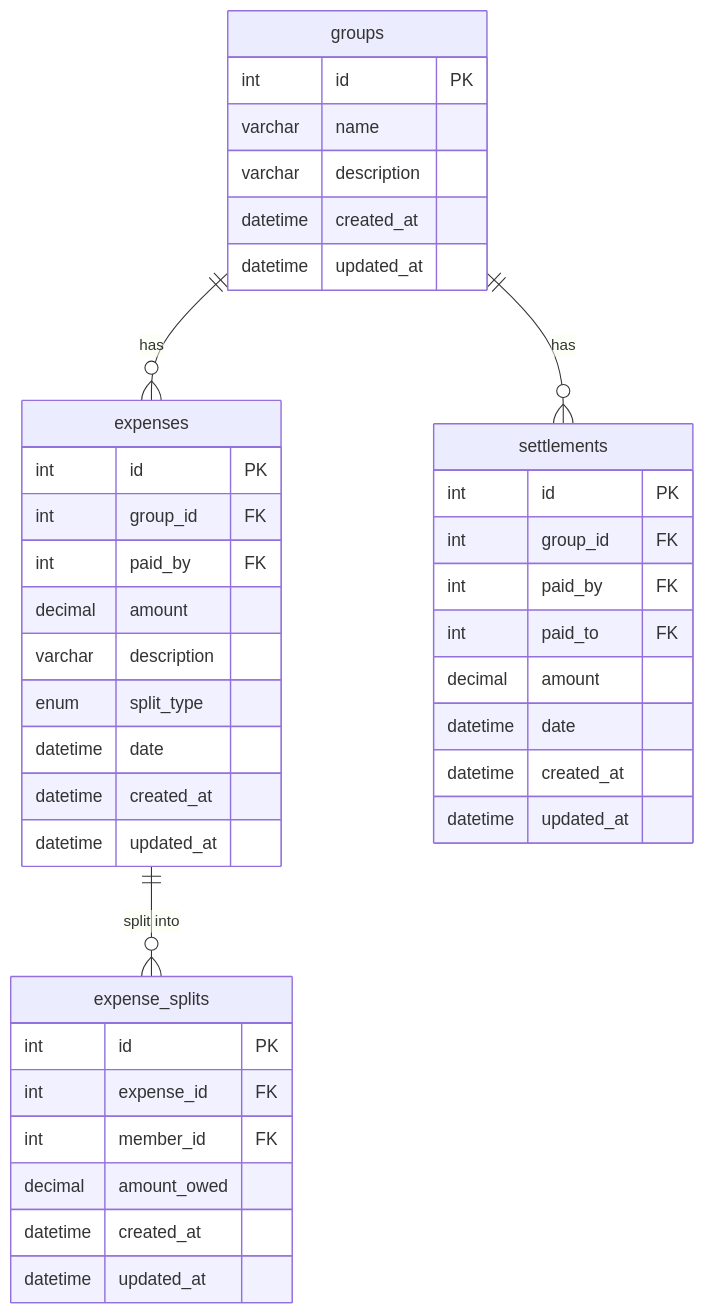
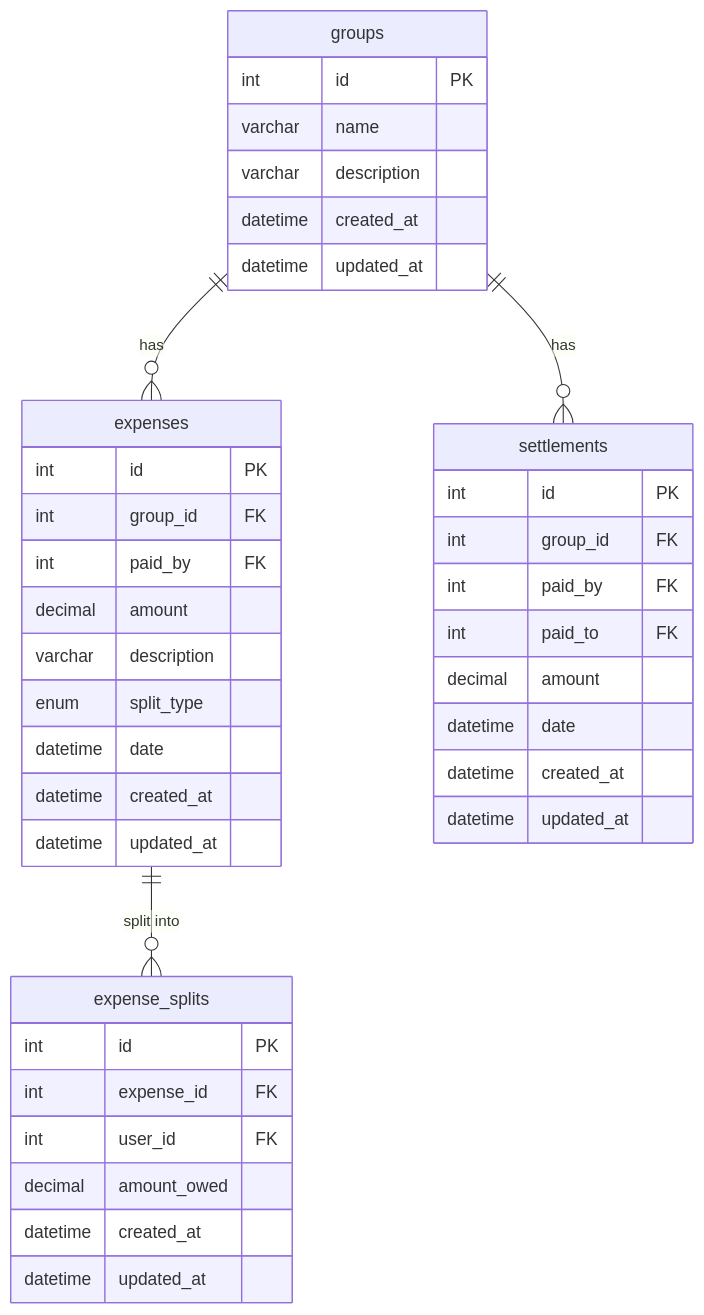
One commit to ekalavya-cmd/SplitKaro changed the diagram in DATABASE_SCHEMA.md. Above: the diagram before and after it, drawn with Mermaid. The commit also changed 3 other files, not shown here.

````diff
--- a/DATABASE_SCHEMA.md
+++ b/DATABASE_SCHEMA.md
@@ -137,46 +137,46 @@
 ```mermaid
 erDiagram
     groups {
         int id PK
         varchar name
         varchar description
         datetime created_at
         datetime updated_at
     }
 
     expenses {
         int id PK
         int group_id FK
         int paid_by FK
         decimal amount
         varchar description
         enum split_type
         datetime date
         datetime created_at
         datetime updated_at
     }
 
     expense_splits {
         int id PK
         int expense_id FK
-        int member_id FK
+        int user_id FK
         decimal amount_owed
         datetime created_at
         datetime updated_at
     }
 
     settlements {
         int id PK
         int group_id FK
         int paid_by FK
         int paid_to FK
         decimal amount
         datetime date
         datetime created_at
         datetime updated_at
     }
 
     groups ||--o{ expenses : "has"
     groups ||--o{ settlements : "has"
     expenses ||--o{ expense_splits : "split into"
 ```
````
